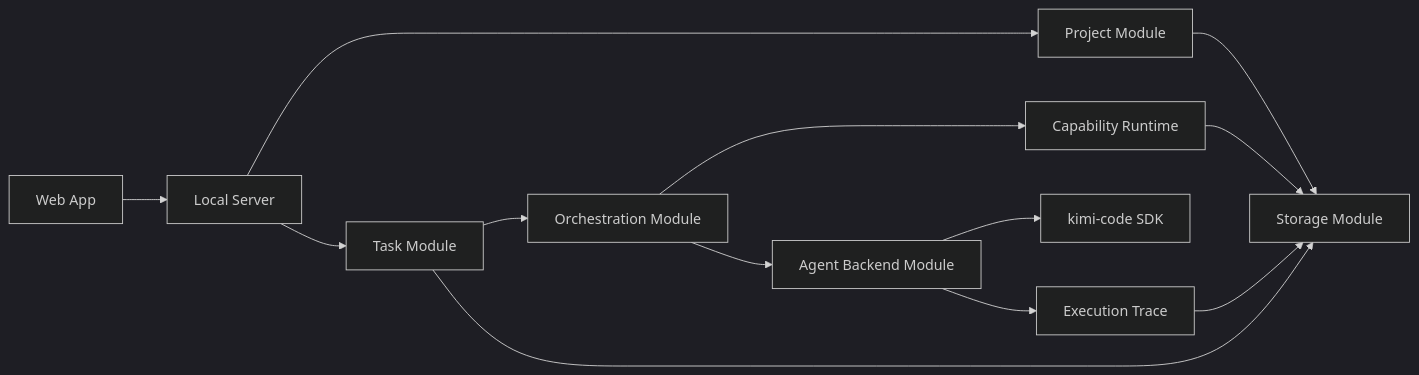
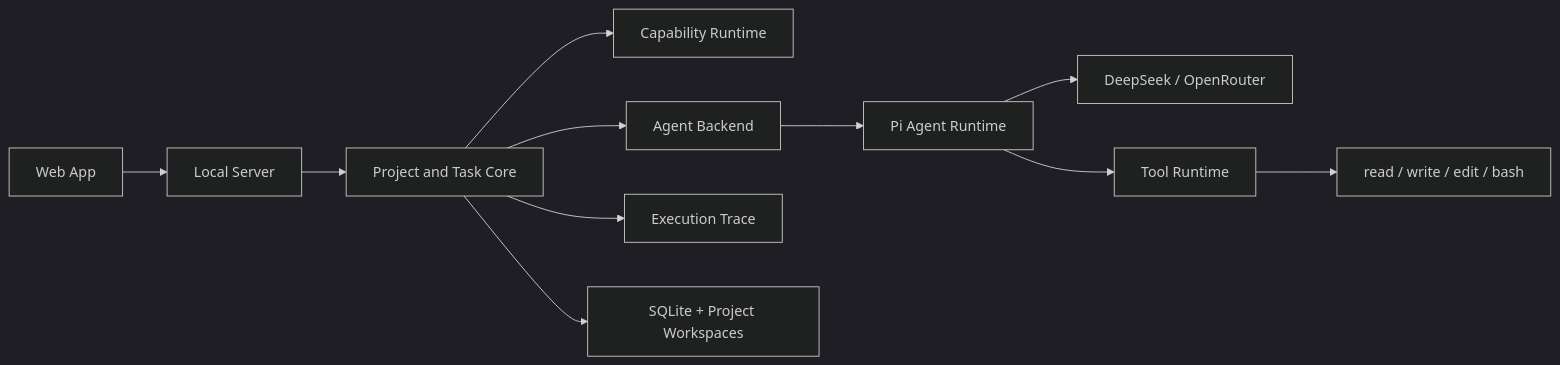
The first of 3 diagrams in docs/ARCHITECTURE.md (SureD/babybot), drawn with Mermaid (dark theme) before and after one commit. The commit also changed other lines of this file and 19 other files, not shown here.

Commit message:
Refactor agent runtime and workspace orchestration

````diff
--- a/docs/ARCHITECTURE.md
+++ b/docs/ARCHITECTURE.md
@@ -15,15 +15,13 @@
 ```mermaid
 flowchart LR
     Web["Web App"] --> Server["Local Server"]
-    Server --> Projects["Project Module"]
-    Server --> Tasks["Task Module"]
-    Tasks --> Orchestrator["Orchestration Module"]
-    Orchestrator --> Runtime["Capability Runtime"]
-    Orchestrator --> Agent["Agent Backend Module"]
-    Agent --> Kimi["kimi-code SDK"]
-    Agent --> Trace["Execution Trace"]
-    Projects --> Storage["Storage Module"]
-    Tasks --> Storage
-    Runtime --> Storage
-    Trace --> Storage
+    Server --> Core["Project and Task Core"]
+    Core --> Capability["Capability Runtime"]
+    Core --> Agent["Agent Backend"]
+    Agent --> Pi["Pi Agent Runtime"]
+    Pi --> Provider["DeepSeek / OpenRouter"]
+    Pi --> Tools["Tool Runtime"]
+    Tools --> Builtins["read / write / edit / bash"]
+    Core --> Trace["Execution Trace"]
+    Core --> Storage["SQLite + Project Workspaces"]
 ```
````
